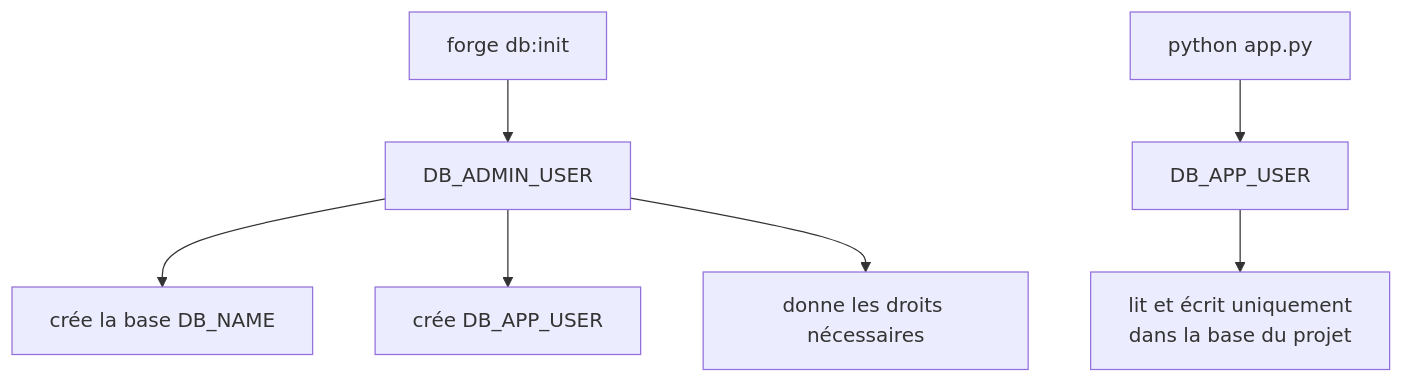
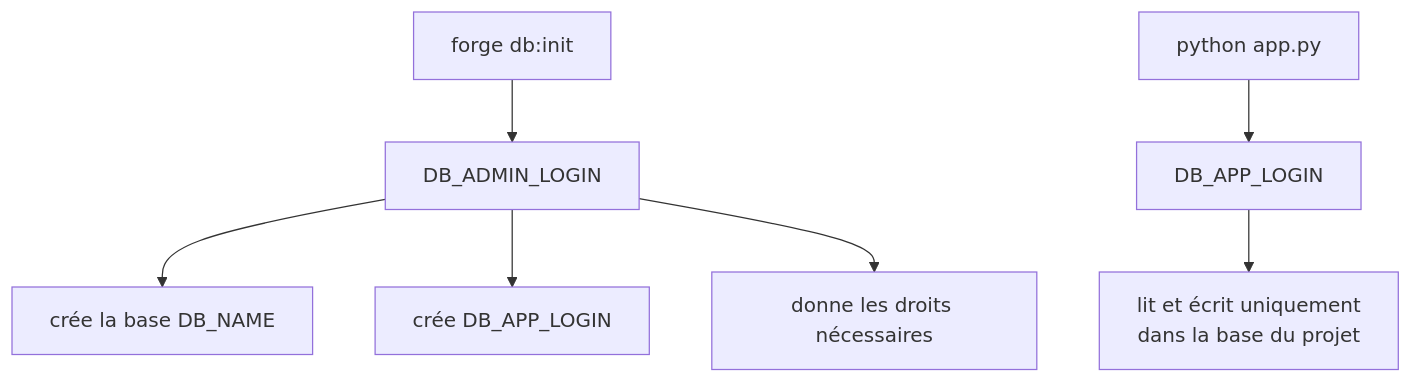
Before and after one commit to caucrogeGit/Forge: the third of 10 diagrams in docs/starter-app-01-contacts.md, drawn with Mermaid. The commit also changed other lines of this file and 14 other files, not shown here.

````diff
--- a/docs/starter-app-01-contacts.md
+++ b/docs/starter-app-01-contacts.md
@@ -182,10 +185,10 @@
 ```mermaid
 flowchart TD
-    A["forge db:init"] --> B["DB_ADMIN_USER"]
+    A["forge db:init"] --> B["DB_ADMIN_LOGIN"]
     B --> C["crée la base DB_NAME"]
-    B --> D["crée DB_APP_USER"]
+    B --> D["crée DB_APP_LOGIN"]
     B --> E["donne les droits nécessaires"]
 
-    F["python app.py"] --> G["DB_APP_USER"]
+    F["python app.py"] --> G["DB_APP_LOGIN"]
     G --> H["lit et écrit uniquement<br/>dans la base du projet"]
 ```
````
